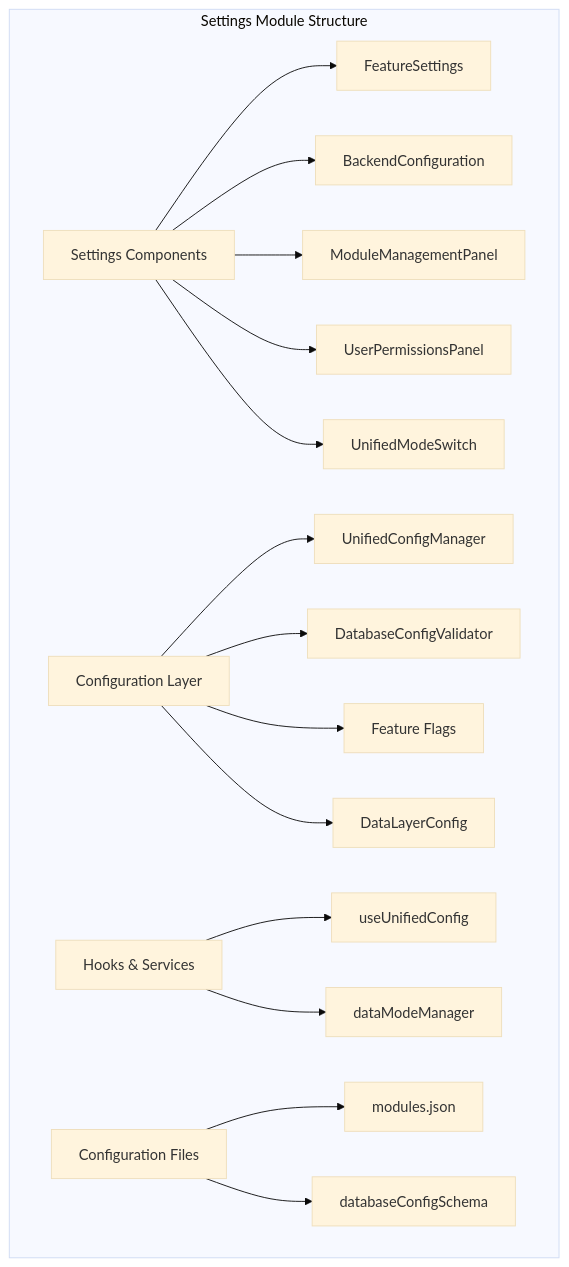
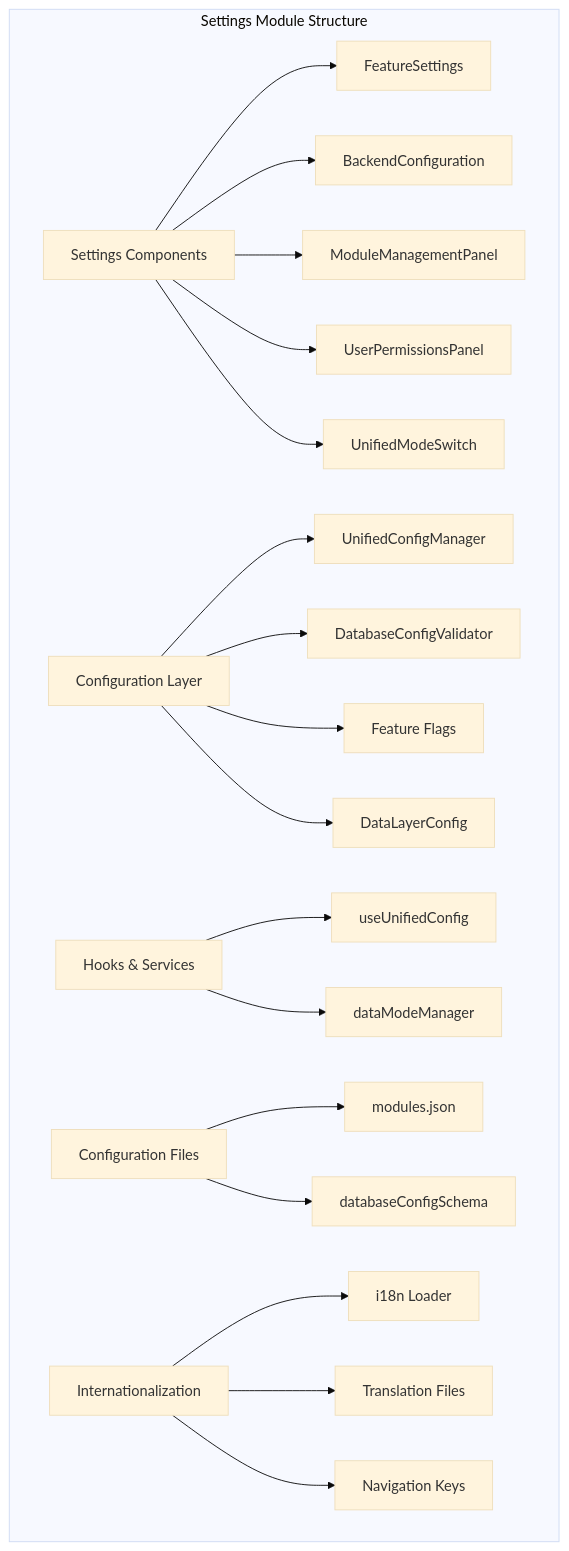
Before and after one commit to geniusdynamics/schoolpilot: the first of 10 diagrams in .qoder/repowiki/en/content/Modules System/Settings Module.md, drawn with Mermaid (base theme). The commit also changed other lines of this file and 16 other files, not shown here.

````diff
--- a/.qoder/repowiki/en/content/Modules System/Settings Module.md
+++ b/.qoder/repowiki/en/content/Modules System/Settings Module.md
@@ -55,18 +58,21 @@
 ```mermaid
 graph TB
 subgraph "Settings Module Structure"
 A[Settings Components] --> B[FeatureSettings]
 A --> C[BackendConfiguration]
 A --> D[ModuleManagementPanel]
 A --> E[UserPermissionsPanel]
 A --> F[UnifiedModeSwitch]
 G[Configuration Layer] --> H[UnifiedConfigManager]
 G --> I[DatabaseConfigValidator]
 G --> J[Feature Flags]
 G --> K[DataLayerConfig]
 L[Hooks & Services] --> M[useUnifiedConfig]
 L --> N[dataModeManager]
 O[Configuration Files] --> P[modules.json]
 O --> Q[databaseConfigSchema]
+R[Internationalization] --> S[i18n Loader]
+R --> T[Translation Files]
+R --> U[Navigation Keys]
 end
 ```
````
